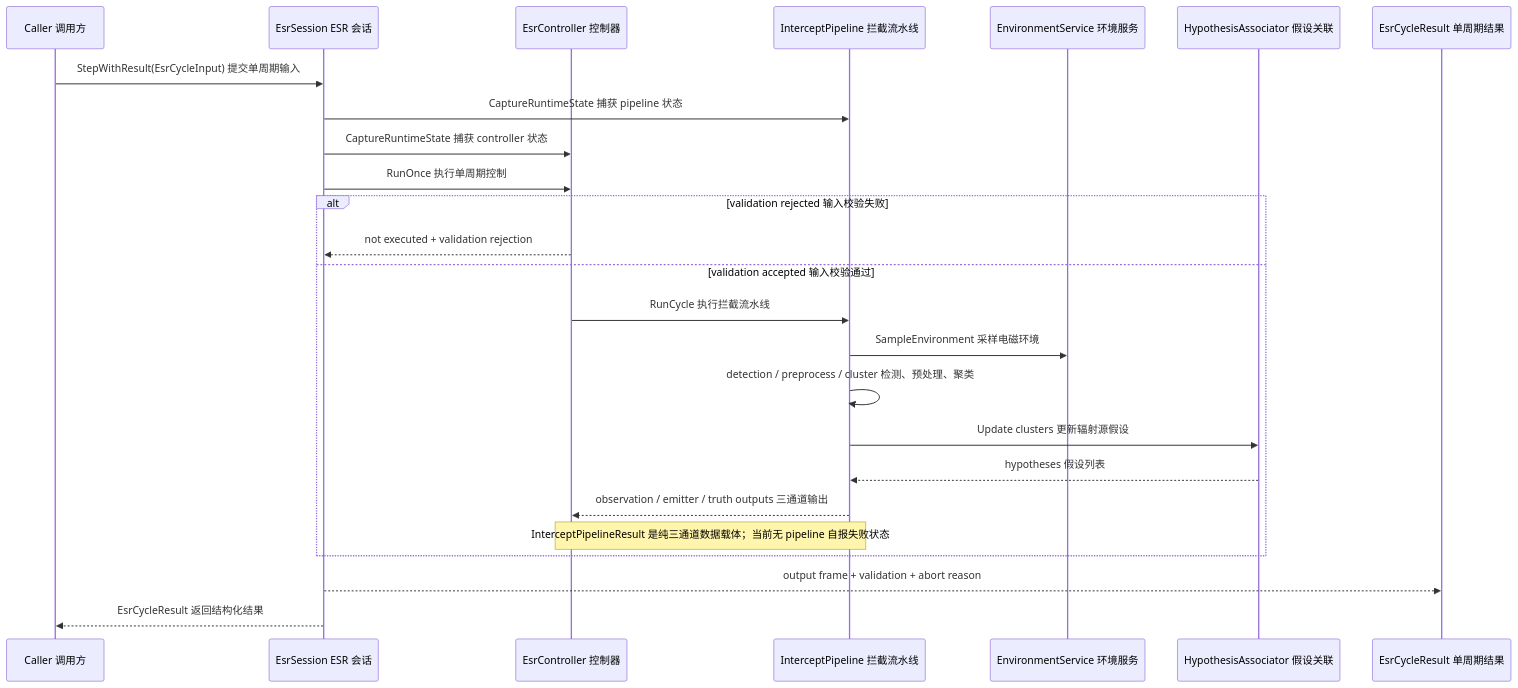
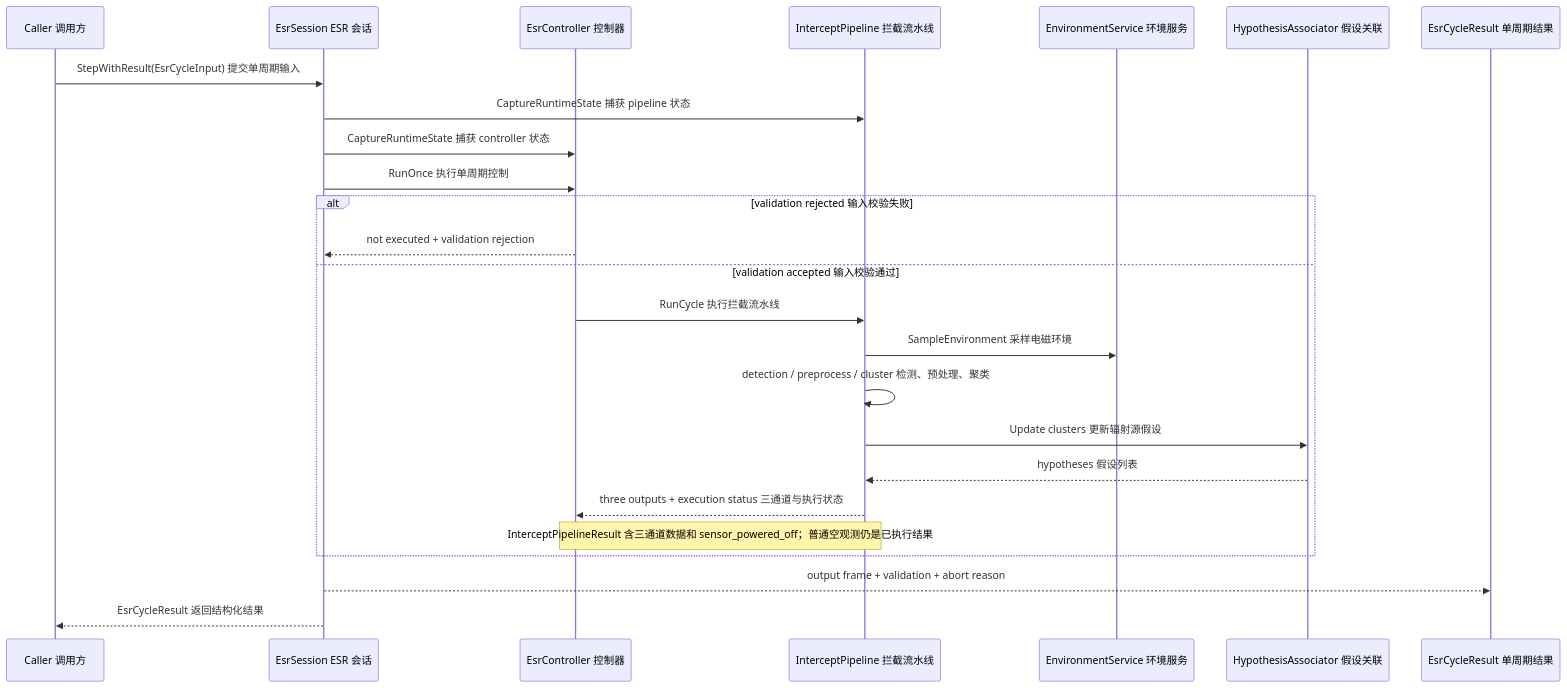
One commit to boilwater-3/1q changed the second of 4 diagrams in docs/electronic_surveillance_radar/design.md. Above: the diagram before and after it, drawn with Mermaid. The commit also changed other lines of this file and 11 other files, not shown here.

````diff
--- a/docs/electronic_surveillance_radar/design.md
+++ b/docs/electronic_surveillance_radar/design.md
@@ -101,28 +99,28 @@
 ```mermaid
 sequenceDiagram
   participant Caller as Caller 调用方
   participant Session as EsrSession ESR 会话
   participant Controller as EsrController 控制器
   participant Pipeline as InterceptPipeline 拦截流水线
   participant Env as EnvironmentService 环境服务
   participant Assoc as HypothesisAssociator 假设关联
   participant Result as EsrCycleResult 单周期结果
 
   Caller->>Session: StepWithResult(EsrCycleInput) 提交单周期输入
   Session->>Pipeline: CaptureRuntimeState 捕获 pipeline 状态
   Session->>Controller: CaptureRuntimeState 捕获 controller 状态
   Session->>Controller: RunOnce 执行单周期控制
   alt validation rejected 输入校验失败
     Controller-->>Session: not executed + validation rejection
   else validation accepted 输入校验通过
   Controller->>Pipeline: RunCycle 执行拦截流水线
   Pipeline->>Env: SampleEnvironment 采样电磁环境
   Pipeline->>Pipeline: detection / preprocess / cluster 检测、预处理、聚类
   Pipeline->>Assoc: Update clusters 更新辐射源假设
   Assoc-->>Pipeline: hypotheses 假设列表
-  Pipeline-->>Controller: observation / emitter / truth outputs 三通道输出
-  note over Pipeline,Controller: InterceptPipelineResult 是纯三通道数据载体；当前无 pipeline 自报失败状态
+  Pipeline-->>Controller: three outputs + execution status 三通道与执行状态
+  note over Pipeline,Controller: InterceptPipelineResult 含三通道数据和 sensor_powered_off；普通空观测仍是已执行结果
   end
   Session-->>Result: output frame + validation + abort reason
   Session-->>Caller: EsrCycleResult 返回结构化结果
 ```
````
